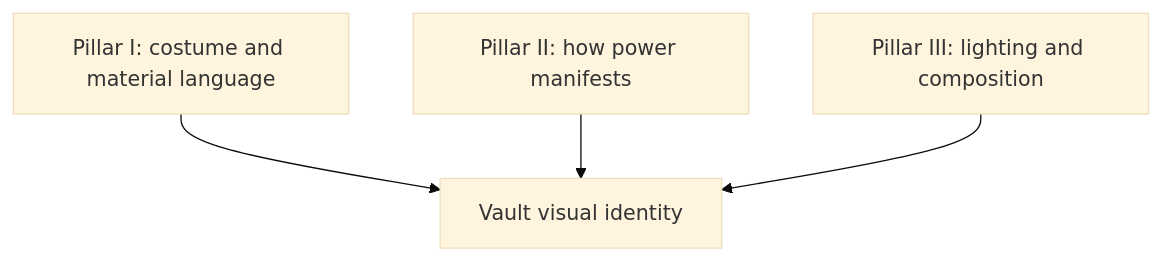
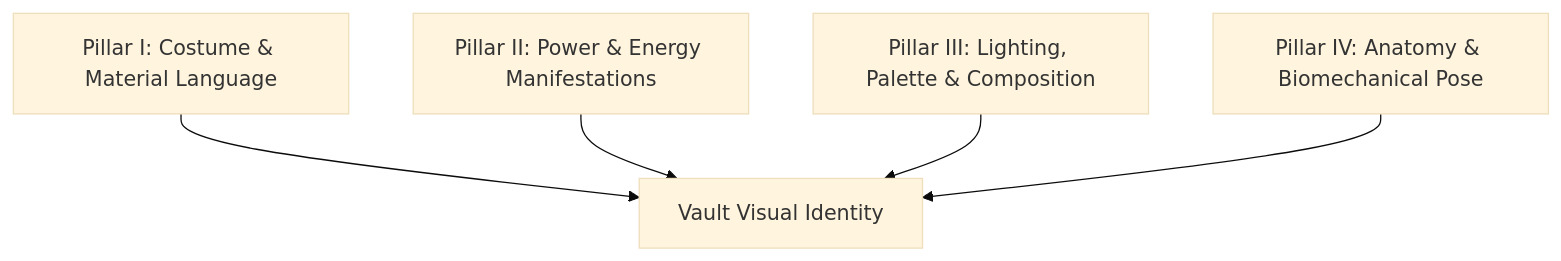
Before and after one commit to Kitsune-27295/narr-vault-template: the first of 2 diagrams in .agents/skills/art-concept/SKILL.md, drawn with Mermaid (base theme). The commit also changed other lines of this file and 158 other files, not shown here.

````diff
--- a/.agents/skills/art-concept/SKILL.md
+++ b/.agents/skills/art-concept/SKILL.md
@@ -18,6 +41,7 @@
 ```mermaid
 graph TD
-    Pillar1["Pillar I: costume and material language"] --> Identity["Vault visual identity"]
-    Pillar2["Pillar II: how power manifests"] --> Identity
-    Pillar3["Pillar III: lighting and composition"] --> Identity
+    Pillar1["Pillar I: Costume & Material Language"] --> Identity["Vault Visual Identity"]
+    Pillar2["Pillar II: Power & Energy Manifestations"] --> Identity
+    Pillar3["Pillar III: Lighting, Palette & Composition"] --> Identity
+    Pillar4["Pillar IV: Anatomy & Biomechanical Pose"] --> Identity
 ```
````
